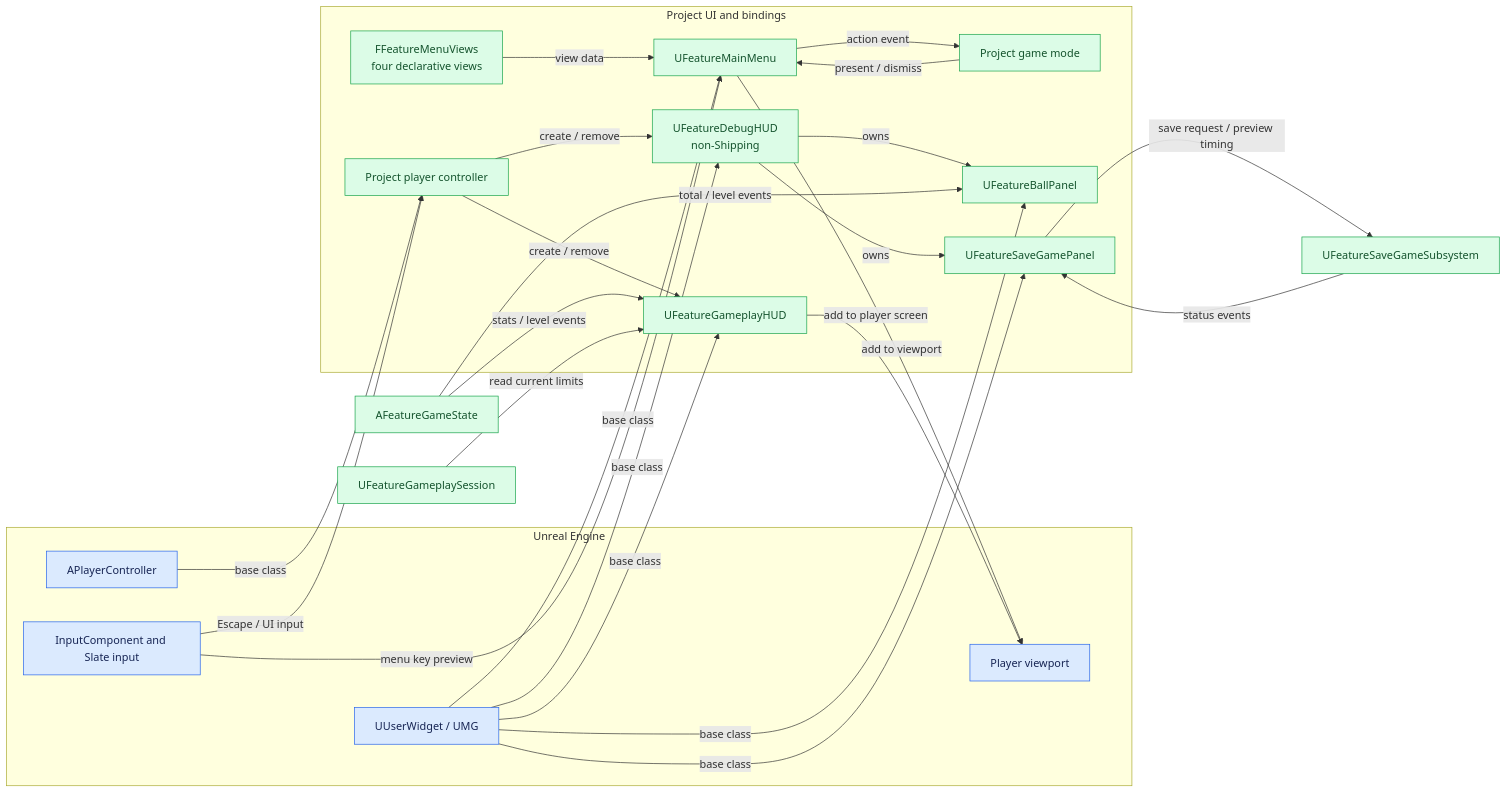
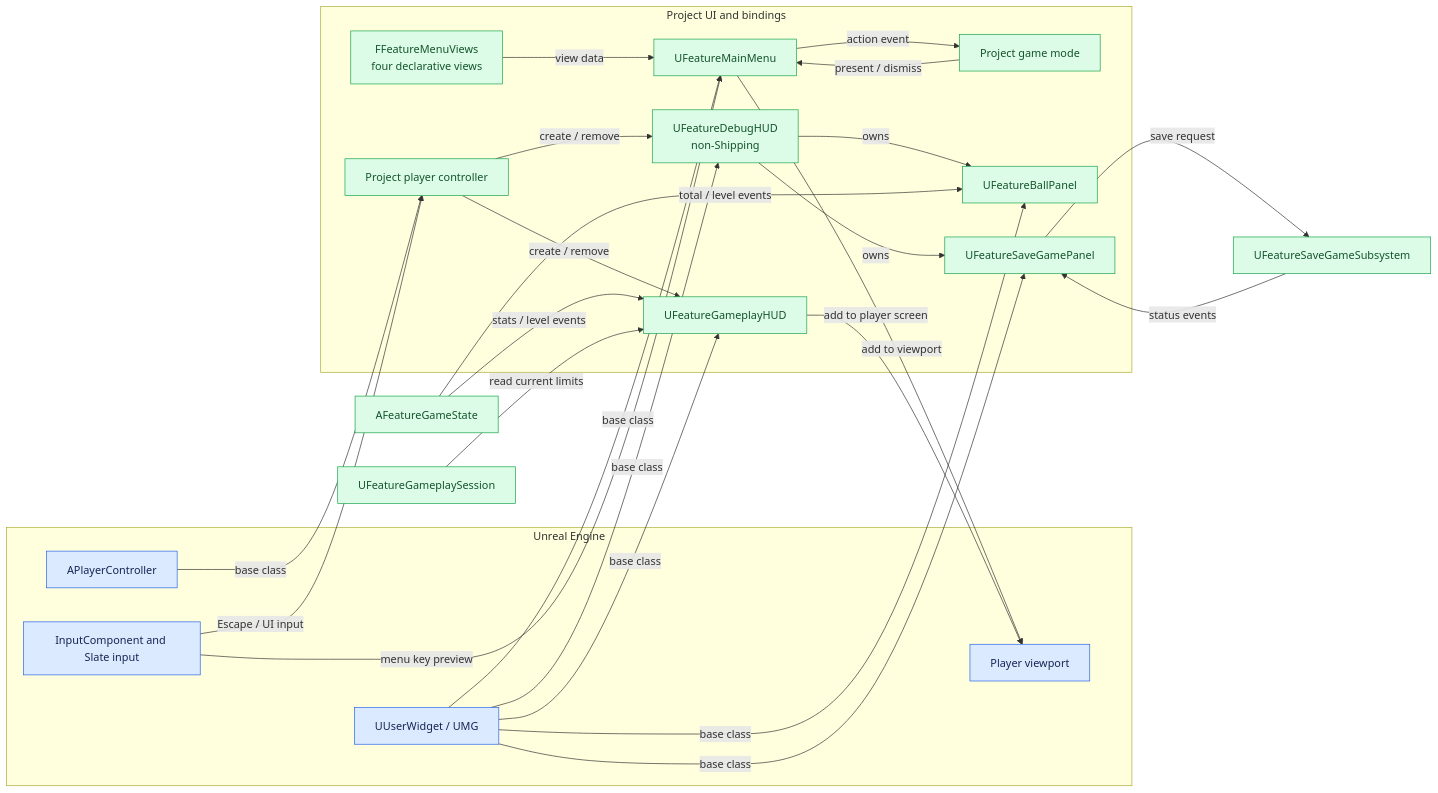
One commit to chaotive/test_UE_584_G1_c changed the third of 4 diagrams in README.md. Above: the diagram before and after it, drawn with Mermaid. The commit also changed other lines of this file and 7 other files, not shown here.

Commit message:
Brighten balls and remove save preview delays

````diff
--- a/README.md
+++ b/README.md
@@ -169,48 +169,48 @@
 ```mermaid
 flowchart LR
     subgraph UE["Unreal Engine"]
         PCBase["APlayerController"]
         WidgetBase["UUserWidget / UMG"]
         Input["InputComponent and Slate input"]
         Viewport["Player viewport"]
     end
     subgraph FeatureUI["Project UI and bindings"]
         PC["Project player controller"]
         Mode["Project game mode"]
         Views["FFeatureMenuViews<br/>four declarative views"]
         Menu["UFeatureMainMenu"]
         HUD["UFeatureGameplayHUD"]
         Debug["UFeatureDebugHUD<br/>non-Shipping"]
         BallPanel["UFeatureBallPanel"]
         SavePanel["UFeatureSaveGamePanel"]
     end
     State["AFeatureGameState"]
     Saves["UFeatureSaveGameSubsystem"]
     Session["UFeatureGameplaySession"]
     PCBase -->|"base class"| PC
     WidgetBase -->|"base class"| Menu
     WidgetBase -->|"base class"| HUD
     WidgetBase -->|"base class"| Debug
     WidgetBase -->|"base class"| BallPanel
     WidgetBase -->|"base class"| SavePanel
     Input -->|"Escape / UI input"| PC
     Input -->|"menu key preview"| Menu
     PC -->|"create / remove"| HUD
     PC -->|"create / remove"| Debug
     Mode -->|"present / dismiss"| Menu
     Views -->|"view data"| Menu
     Menu -->|"action event"| Mode
     Menu -->|"add to viewport"| Viewport
     HUD -->|"add to player screen"| Viewport
     Debug -->|"owns"| BallPanel
     Debug -->|"owns"| SavePanel
     State -->|"stats / level events"| HUD
     State -->|"total / level events"| BallPanel
     Session -->|"read current limits"| HUD
     Saves -->|"status events"| SavePanel
-    SavePanel -->|"save request / preview timing"| Saves
+    SavePanel -->|"save request"| Saves
     classDef engine fill:#dbeafe,stroke:#2563eb,color:#172554
     classDef feature fill:#dcfce7,stroke:#16a34a,color:#14532d
     class PCBase,WidgetBase,Input,Viewport engine
     class PC,Mode,Views,Menu,HUD,Debug,BallPanel,SavePanel,State,Saves,Session feature
 ```
````
